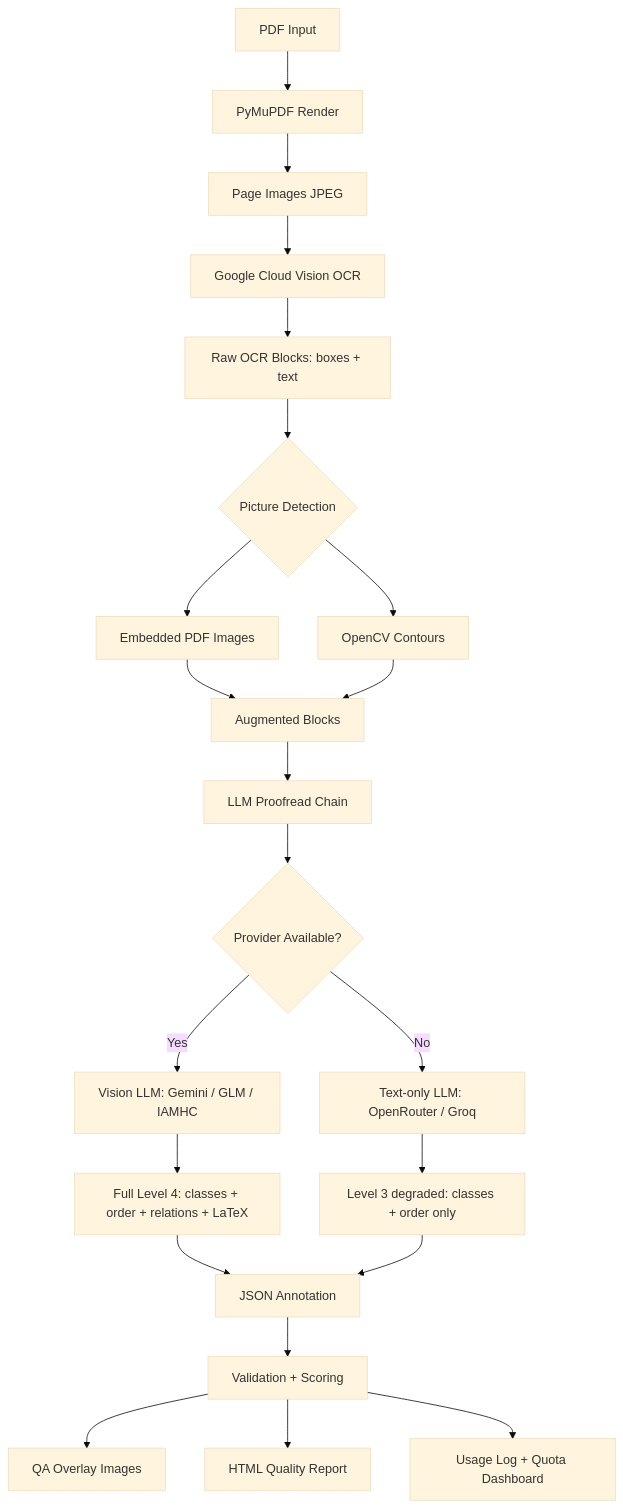
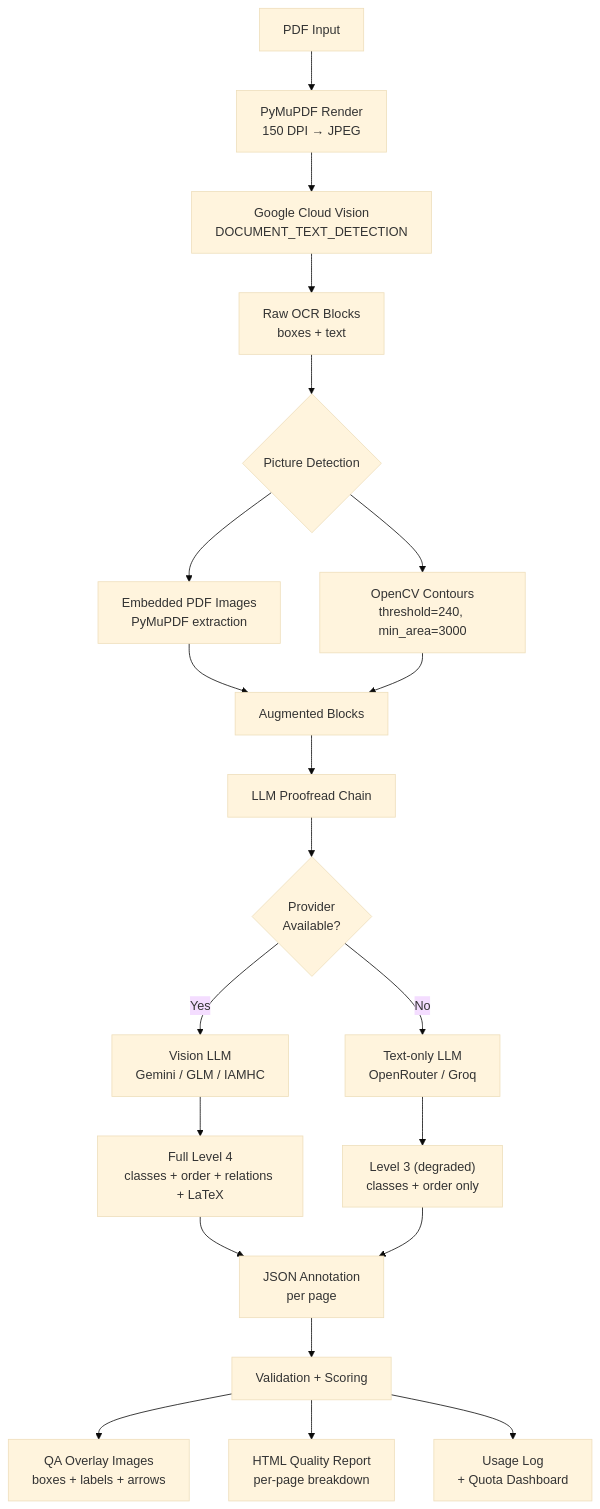
The first of 3 diagrams in README.md (rai8053/indic-ocr-pipeline), drawn with Mermaid (base theme) before and after one commit. The commit also changed other lines of this file, not shown here.

Commit message:
Rewrite README based on full repository audit — accurate, verifiable, no hallucinated features

````diff
--- a/README.md
+++ b/README.md
@@ -96,24 +134,23 @@
 ```mermaid
 graph TD
-    A[PDF Input] --> B[PyMuPDF Render]
-    B --> C[Page Images JPEG]
-    C --> D[Google Cloud Vision OCR]
-    D --> E[Raw OCR Blocks: boxes + text]
-    E --> F{Picture Detection}
-    F --> G[Embedded PDF Images]
-    F --> H[OpenCV Contours]
-    G --> I[Augmented Blocks]
-    H --> I
-    I --> J[LLM Proofread Chain]
-    J --> K{Provider Available?}
-    K -->|Yes| L[Vision LLM: Gemini / GLM / IAMHC]
-    K -->|No| M[Text-only LLM: OpenRouter / Groq]
-    L --> N[Full Level 4: classes + order + relations + LaTeX]
-    M --> O[Level 3 degraded: classes + order only]
-    N --> P[JSON Annotation]
-    O --> P
-    P --> Q[Validation + Scoring]
-    Q --> R[QA Overlay Images]
-    Q --> S[HTML Quality Report]
-    Q --> T[Usage Log + Quota Dashboard]
+    A["PDF Input"] --> B["PyMuPDF Render<br/>150 DPI → JPEG"]
+    B --> C["Google Cloud Vision<br/>DOCUMENT_TEXT_DETECTION"]
+    C --> D["Raw OCR Blocks<br/>boxes + text"]
+    D --> E{"Picture Detection"}
+    E --> F["Embedded PDF Images<br/>PyMuPDF extraction"]
+    E --> G["OpenCV Contours<br/>threshold=240, min_area=3000"]
+    F --> H["Augmented Blocks"]
+    G --> H
+    H --> I["LLM Proofread Chain"]
+    I --> J{"Provider<br/>Available?"}
+    J -->|"Yes"| K["Vision LLM<br/>Gemini / GLM / IAMHC"]
+    J -->|"No"| L["Text-only LLM<br/>OpenRouter / Groq"]
+    K --> M["Full Level 4<br/>classes + order + relations + LaTeX"]
+    L --> N["Level 3 (degraded)<br/>classes + order only"]
+    M --> O["JSON Annotation<br/>per page"]
+    N --> O
+    O --> P["Validation + Scoring"]
+    P --> Q["QA Overlay Images<br/>boxes + labels + arrows"]
+    P --> R["HTML Quality Report<br/>per-page breakdown"]
+    P --> S["Usage Log<br/>+ Quota Dashboard"]
 ```
````
